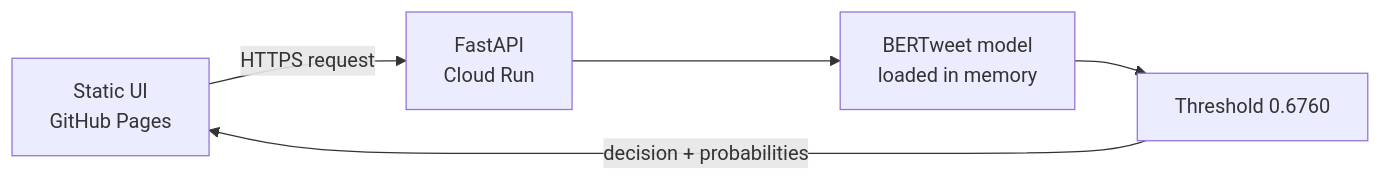
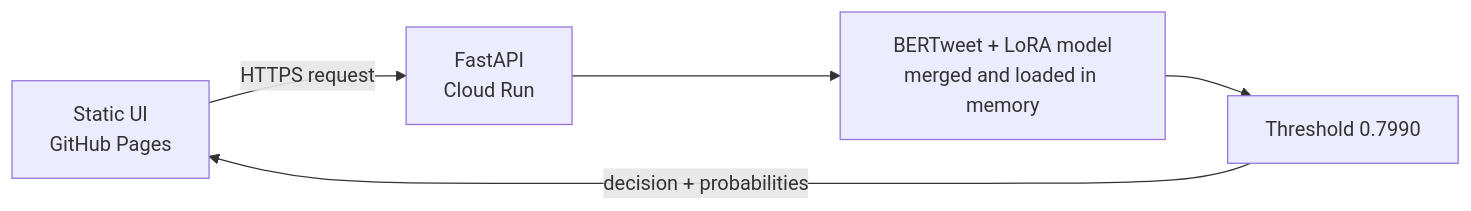
One commit to anutej-kardele/bertweet-guard changed the diagram in README.md. Above: the diagram before and after it, drawn with Mermaid. The commit also changed other lines of this file and 3 other files, not shown here.

Commit message:
Update BERTweet Guard model weights

````diff
--- a/README.md
+++ b/README.md
@@ -609,7 +847,7 @@
 ```mermaid
 flowchart LR
     UI["Static UI<br/>GitHub Pages"] -->|HTTPS request| API["FastAPI<br/>Cloud Run"]
-    API --> MODEL["BERTweet model<br/>loaded in memory"]
-    MODEL --> RULE["Threshold 0.6760"]
+    API --> MODEL["BERTweet + LoRA model<br/>merged and loaded in memory"]
+    MODEL --> RULE["Threshold 0.7990"]
     RULE -->|decision + probabilities| UI
 ```
````
